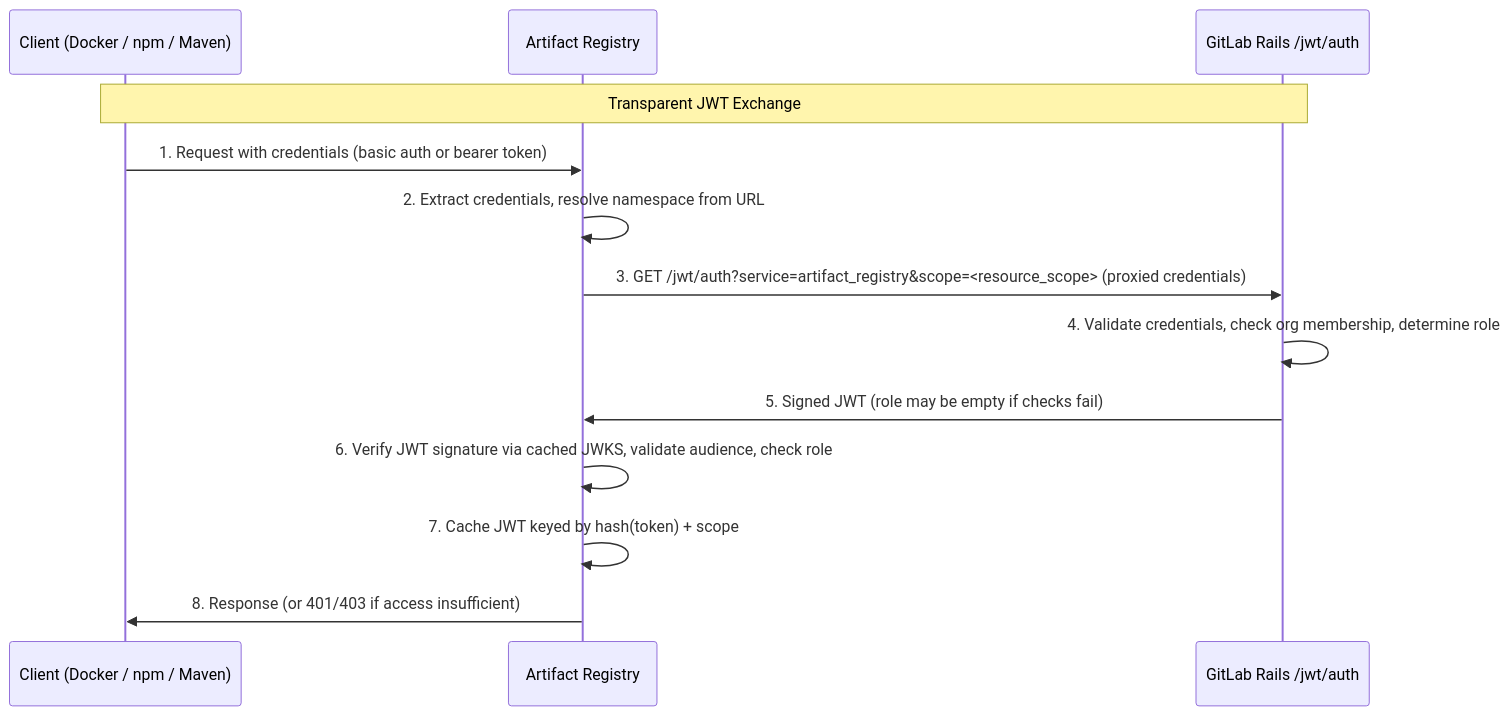
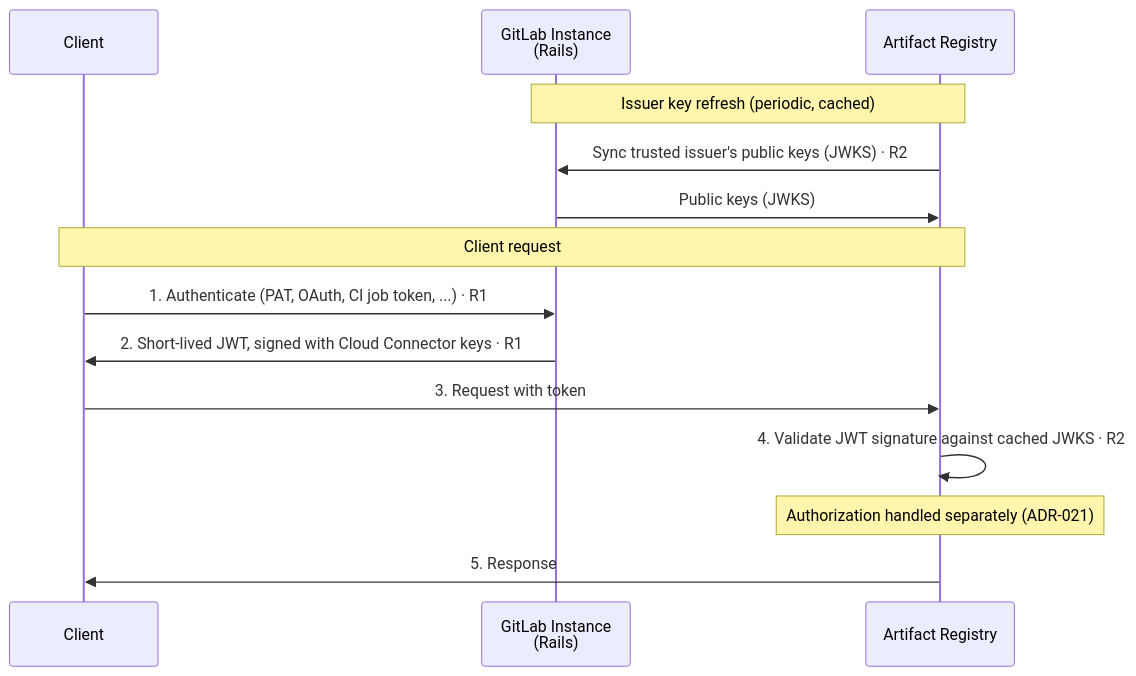
One commit to kyama0/gitlab-handbook-ja changed the diagram in content/handbook/engineering/architecture/design-documents/artifact_registry/decisions/020_authentication_flow.md. Above: the diagram before and after it, drawn with Mermaid. The commit also changed other lines of this file and 67 other files, not shown here.

First line of the commit message:
translation: batch 2026-06-12-1 (66 files; artifact_registry/gitlab_cd/marketing/product 他) (#402)

````diff
--- a/content/handbook/engineering/architecture/design-documents/artifact_registry/decisions/020_authentication_flow.md
+++ b/content/handbook/engineering/architecture/design-documents/artifact_registry/decisions/020_authentication_flow.md
@@ -61,17 +48,18 @@
 ```mermaid
 sequenceDiagram
-    participant C as Client (Docker / npm / Maven)
+    participant Client
+    participant Rails as GitLab Instance<br/>(Rails)
     participant AR as Artifact Registry
-    participant GR as GitLab Rails /jwt/auth
 
-    Note over C,GR: Transparent JWT Exchange
+    Note over AR,Rails: Issuer key refresh (periodic, cached)
+    AR->>Rails: Sync trusted issuer's public keys (JWKS) · R2
+    Rails->>AR: Public keys (JWKS)
 
-    C->>AR: 1. Request with credentials (basic auth or bearer token)
-    AR->>AR: 2. Extract credentials, resolve namespace from URL
-    AR->>GR: 3. GET /jwt/auth?service=artifact_registry&scope=<resource_scope> (proxied credentials)
-    GR->>GR: 4. Validate credentials, check org membership, determine role
-    GR->>AR: 5. Signed JWT (role may be empty if checks fail)
-    AR->>AR: 6. Verify JWT signature via cached JWKS, validate audience, check role
-    AR->>AR: 7. Cache JWT keyed by hash(token) + scope
-    AR->>C: 8. Response (or 401/403 if access insufficient)
+    Note over Client,AR: Client request
+    Client->>Rails: 1. Authenticate (PAT, OAuth, CI job token, ...) · R1
+    Rails->>Client: 2. Short-lived JWT, signed with Cloud Connector keys · R1
+    Client->>AR: 3. Request with token
+    AR->>AR: 4. Validate JWT signature against cached JWKS · R2
+    Note over AR: Authorization handled separately (ADR-021)
+    AR->>Client: 5. Response
 ```
````
